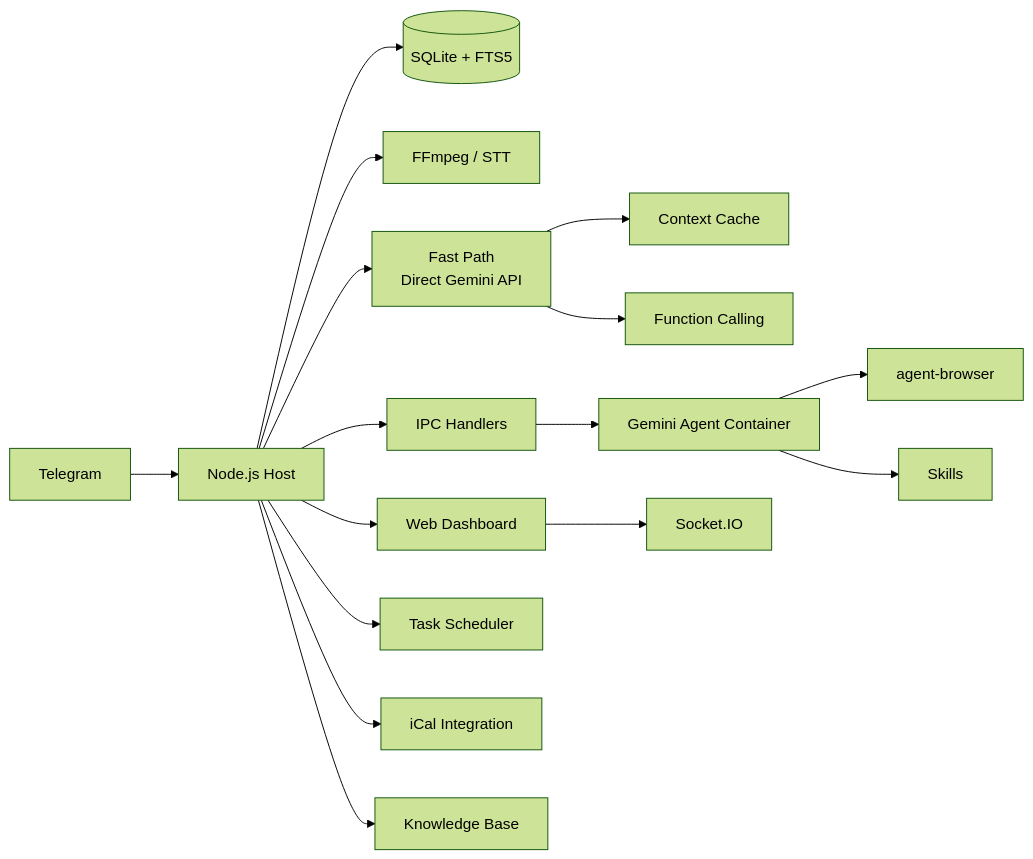
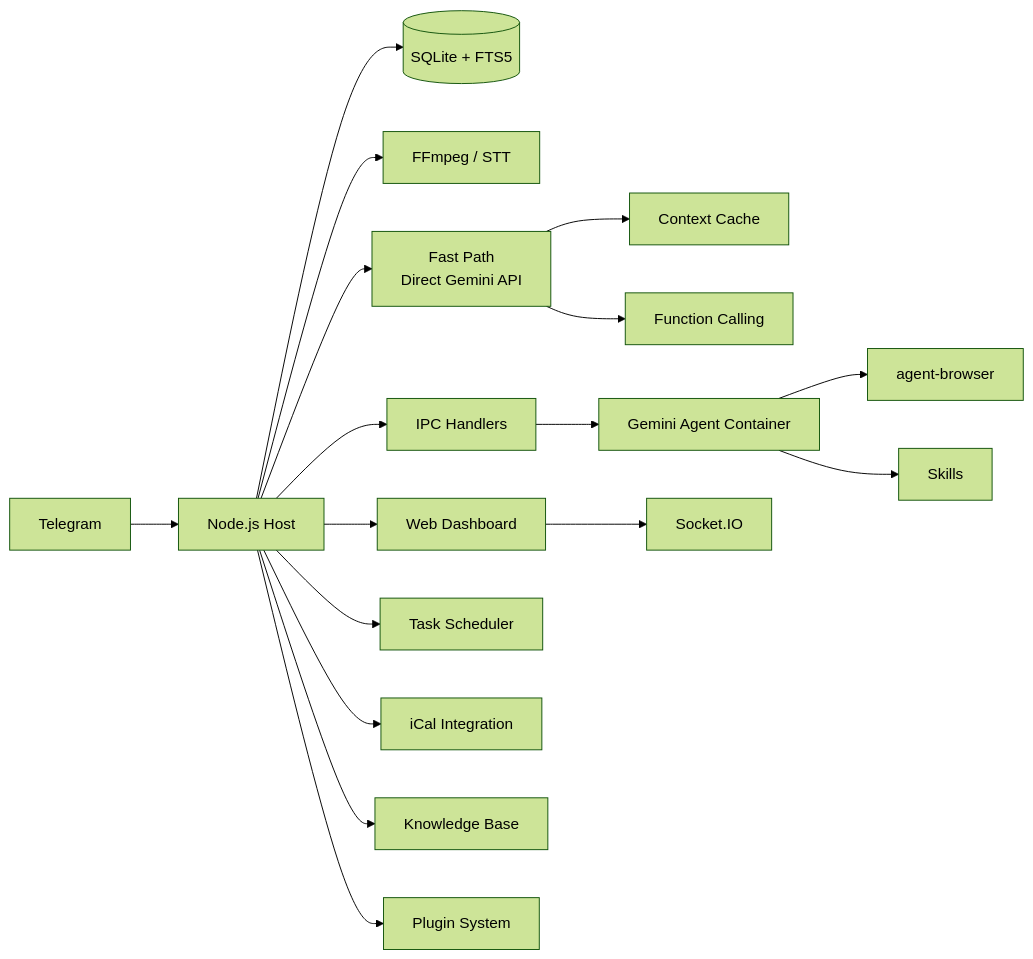
The diagram in README.md (Rlin1027/NanoGemClaw), drawn with Mermaid (forest theme) before and after one commit. The commit also changed other lines of this file and 6 other files, not shown here.

````diff
--- a/README.md
+++ b/README.md
@@ -242,18 +313,19 @@
 ```mermaid
 graph LR
     TG[Telegram] --> Bot[Node.js Host]
     Bot --> DB[(SQLite + FTS5)]
     Bot --> STT[FFmpeg / STT]
     Bot --> FP[Fast Path<br/>Direct Gemini API]
     FP --> Cache[Context Cache]
     FP --> FC[Function Calling]
     Bot --> IPC[IPC Handlers]
     IPC --> Container[Gemini Agent Container]
     Container --> Browser[agent-browser]
     Container --> Skills[Skills]
     Bot --> Dashboard[Web Dashboard]
     Dashboard --> WS[Socket.IO]
     Bot --> Scheduler[Task Scheduler]
     Bot --> Calendar[iCal Integration]
     Bot --> Knowledge[Knowledge Base]
+    Bot --> Plugins[Plugin System]
 ```
````
